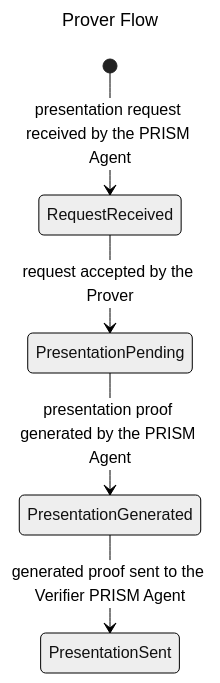
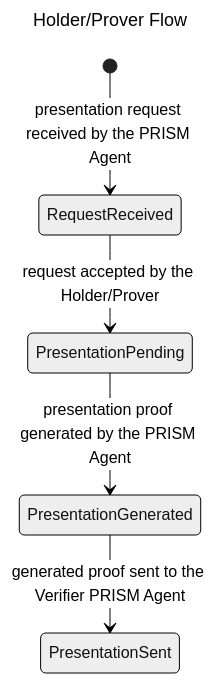
One commit to hyperledger/identus-cloud-agent changed the second of 2 diagrams in docs/docusaurus/credentials/present-proof.md. Above: the diagram before and after it, drawn with Mermaid (neutral theme). The commit also changed other lines of this file and 11 other files, not shown here.

````diff
--- a/docs/docusaurus/credentials/present-proof.md
+++ b/docs/docusaurus/credentials/present-proof.md
@@ -135,10 +135,10 @@
 ```mermaid
 ---
-title: Prover Flow
+title: Holder/Prover Flow
 ---
 stateDiagram-v2
   [*] --> RequestReceived: presentation request received by the PRISM Agent
-  RequestReceived --> PresentationPending: request accepted by the Prover
+  RequestReceived --> PresentationPending: request accepted by the Holder/Prover
   PresentationPending --> PresentationGenerated: presentation proof generated by the PRISM Agent
   PresentationGenerated --> PresentationSent: generated proof sent to the Verifier PRISM Agent
 ```
````
